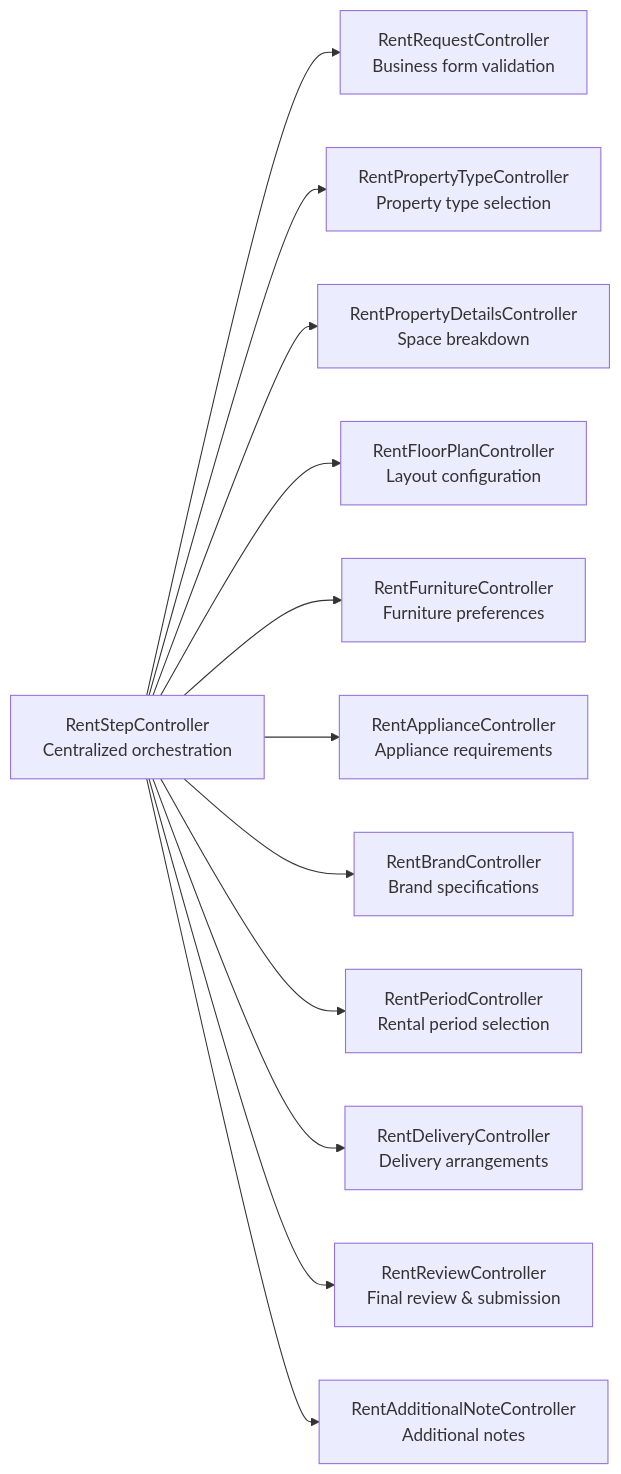
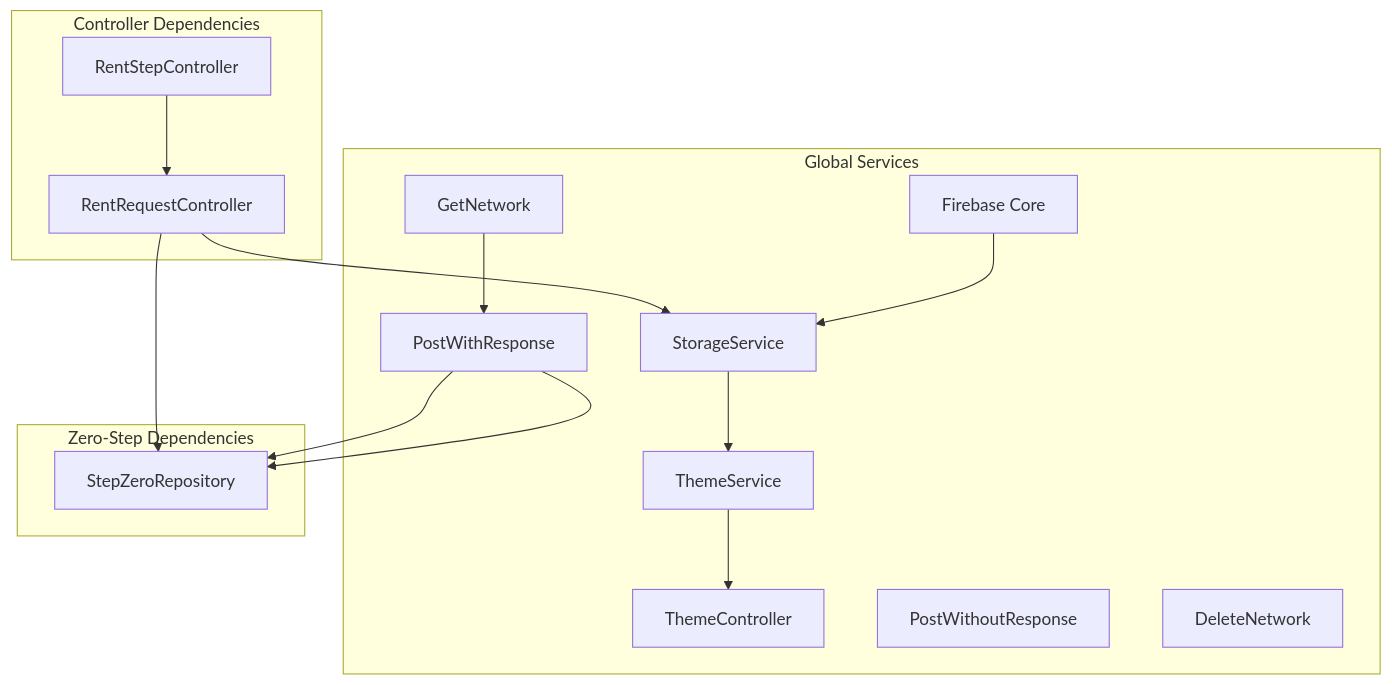
One commit to Ariful3111/FurniGo changed the sixth of 6 diagrams in .qoder/repowiki/en/content/Core Features/Business Services/Rent Furniture System.md. Above: the diagram before and after it, drawn with Mermaid. The commit also changed other lines of this file and 10 other files, not shown here.

Commit message:
Rent Request Step One Completed

````diff
--- a/.qoder/repowiki/en/content/Core Features/Business Services/Rent Furniture System.md
+++ b/.qoder/repowiki/en/content/Core Features/Business Services/Rent Furniture System.md
@@ -384,14 +442,29 @@
 ```mermaid
-graph LR
-RentStepController["RentStepController<br/>Centralized orchestration"] --> RentRequestController["RentRequestController<br/>Business form validation"]
-RentStepController --> RentPropertyTypeController["RentPropertyTypeController<br/>Property type selection"]
-RentStepController --> RentPropertyDetailsController["RentPropertyDetailsController<br/>Space breakdown"]
-RentStepController --> RentFloorPlanController["RentFloorPlanController<br/>Layout configuration"]
-RentStepController --> RentFurnitureController["RentFurnitureController<br/>Furniture preferences"]
-RentStepController --> RentApplianceController["RentApplianceController<br/>Appliance requirements"]
-RentStepController --> RentBrandController["RentBrandController<br/>Brand specifications"]
-RentStepController --> RentPeriodController["RentPeriodController<br/>Rental period selection"]
-RentStepController --> RentDeliveryController["RentDeliveryController<br/>Delivery arrangements"]
-RentStepController --> RentReviewController["RentReviewController<br/>Final review & submission"]
-RentStepController --> RentAdditionalNoteController["RentAdditionalNoteController<br/>Additional notes"]
+graph TD
+subgraph "Global Services"
+Firebase["Firebase Core"]
+Storage["StorageService"]
+Theme["ThemeService"]
+ThemeController["ThemeController"]
+GetNetwork["GetNetwork"]
+PostWithResponse["PostWithResponse"]
+PostWithoutResponse["PostWithoutResponse"]
+DeleteNetwork["DeleteNetwork"]
+end
+subgraph "Zero-Step Dependencies"
+StepZeroRepository["StepZeroRepository"]
+PostWithResponse --> StepZeroRepository
+end
+subgraph "Controller Dependencies"
+RentRequestController["RentRequestController"]
+RentStepController["RentStepController"]
+RentRequestController --> StepZeroRepository
+RentRequestController --> Storage
+RentStepController --> RentRequestController
+end
+Firebase --> Storage
+Storage --> Theme
+Theme --> ThemeController
+GetNetwork --> PostWithResponse
+PostWithResponse --> StepZeroRepository
 ```
````
